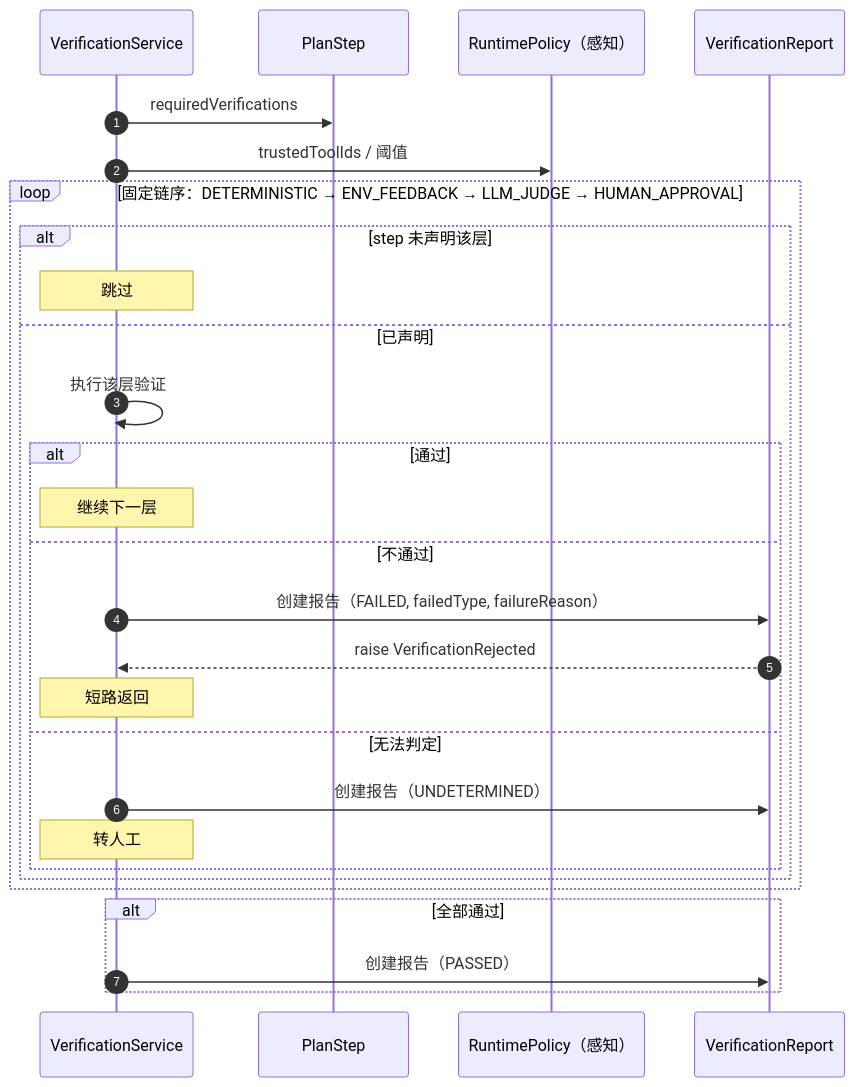
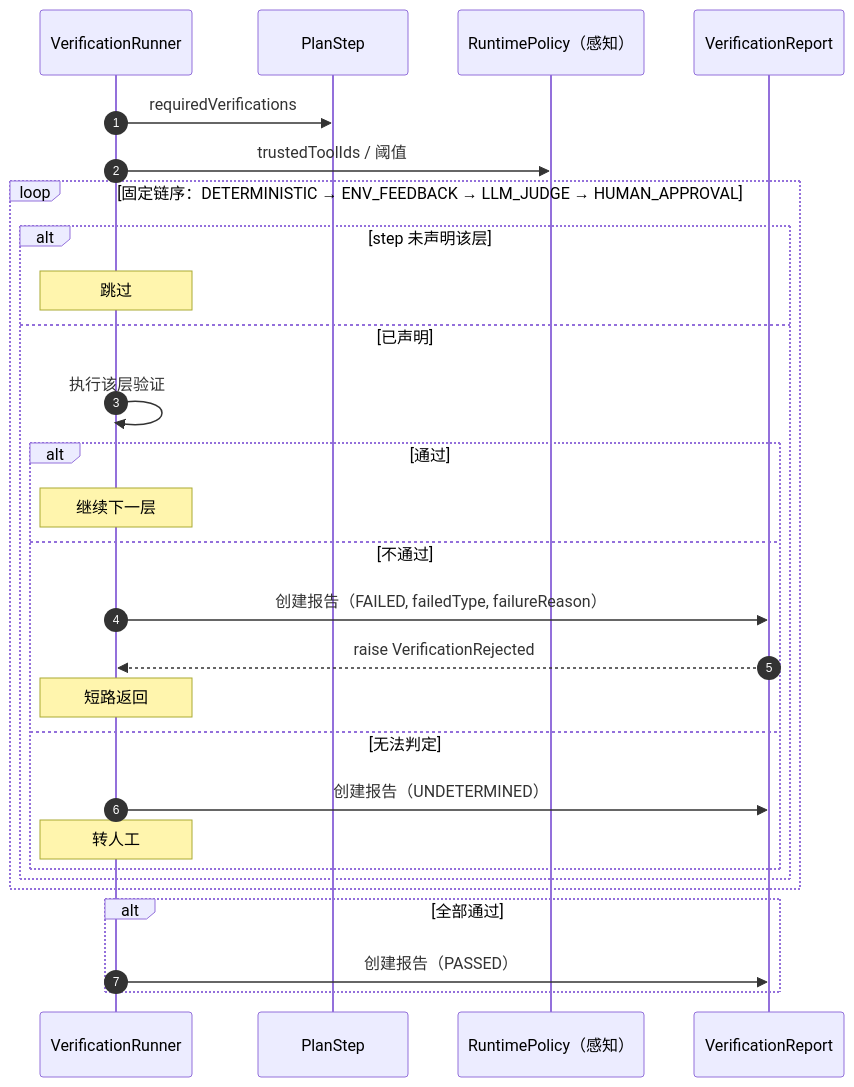
One commit to zcd0831/Jellyfish-Docs changed the fifth of 6 diagrams in model/模块-规划.md. Above: the diagram before and after it, drawn with Mermaid. The commit also changed other lines of this file and 9 other files, not shown here.

````diff
--- a/model/模块-规划.md
+++ b/model/模块-规划.md
@@ -487,31 +493,31 @@
 ```mermaid
 sequenceDiagram
     autonumber
-    participant VS as VerificationService
+    participant VS as VerificationRunner
     participant PS as PlanStep
     participant RP as RuntimePolicy（感知）
     participant VR as VerificationReport
 
     VS->>PS: requiredVerifications
     VS->>RP: trustedToolIds / 阈值
     loop 固定链序：DETERMINISTIC → ENV_FEEDBACK → LLM_JUDGE → HUMAN_APPROVAL
         alt step 未声明该层
             Note over VS: 跳过
         else 已声明
             VS->>VS: 执行该层验证
             alt 通过
                 Note over VS: 继续下一层
             else 不通过
                 VS->>VR: 创建报告（FAILED, failedType, failureReason）
                 VR-->>VS: raise VerificationRejected
                 Note over VS: 短路返回
             else 无法判定
                 VS->>VR: 创建报告（UNDETERMINED）
                 Note over VS: 转人工
             end
         end
     end
     alt 全部通过
         VS->>VR: 创建报告（PASSED）
     end
 ```
````
